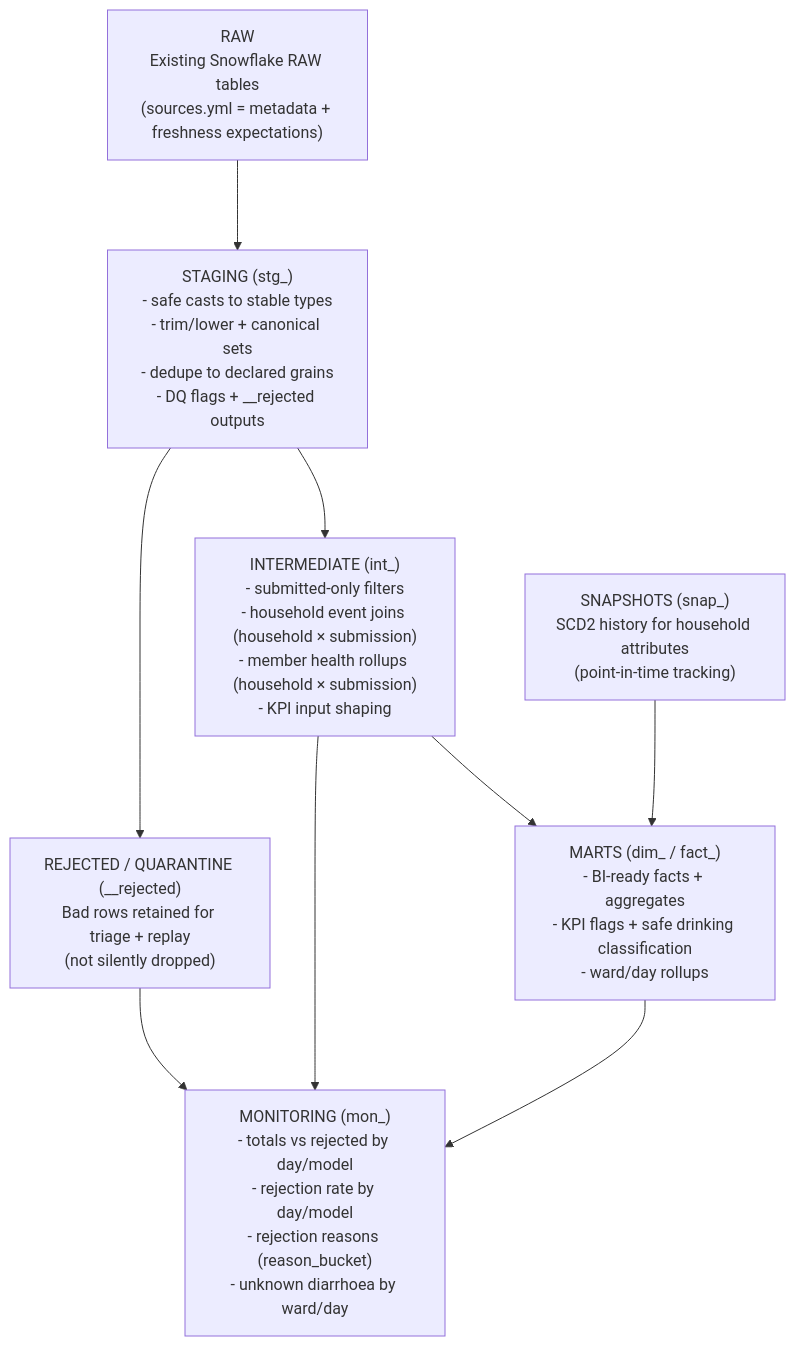
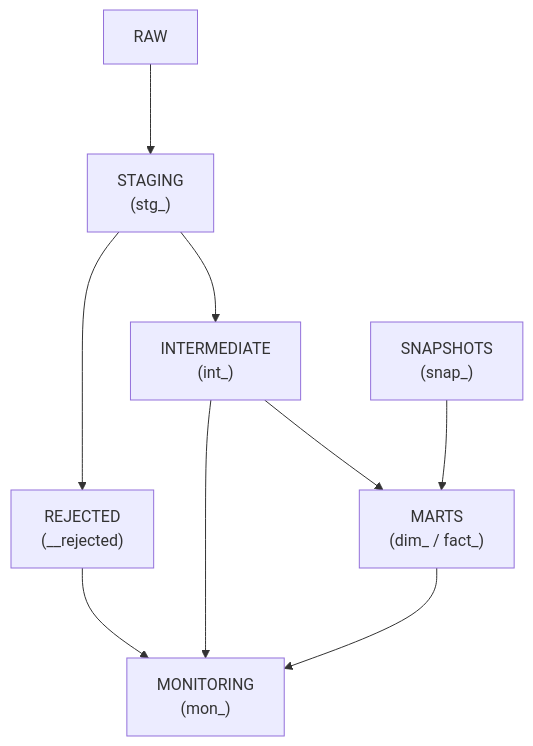
One commit to psgpyc/WASH-Analytics-Engineering-Project changed the diagram in README.md. Above: the diagram before and after it, drawn with Mermaid. The commit also changed other lines of this file, not shown here.

Commit message:
Refactor README flowchart and remove fitting section
Updated flowchart labels for clarity and removed unnecessary sections.

````diff
--- a/README.md
+++ b/README.md
@@ -98,18 +98,18 @@
 ```mermaid
 %%{init: {"flowchart": {"nodeSpacing": 70, "rankSpacing": 90}, "themeVariables": {"fontSize": "16px"}}}%%
 flowchart TB
 
-  RAW["RAW<br/>Existing Snowflake RAW tables<br/>(sources.yml = metadata + freshness expectations)"]
-  STG["STAGING (stg_)<br/>- safe casts to stable types<br/>- trim/lower + canonical sets<br/>- dedupe to declared grains<br/>- DQ flags + __rejected outputs"]
-  INT["INTERMEDIATE (int_)<br/>- submitted-only filters<br/>- household event joins (household × submission)<br/>- member health rollups (household × submission)<br/>- KPI input shaping"]
-  MRT["MARTS (dim_ / fact_)<br/>- BI-ready facts + aggregates<br/>- KPI flags + safe drinking classification<br/>- ward/day rollups"]
-  REJ["REJECTED / QUARANTINE (__rejected)<br/>Bad rows retained for triage + replay<br/>(not silently dropped)"]
-  MON["MONITORING (mon_)<br/>- totals vs rejected by day/model<br/>- rejection rate by day/model<br/>- rejection reasons (reason_bucket)<br/>- unknown diarrhoea by ward/day"]
-  SNAP["SNAPSHOTS (snap_)<br/>SCD2 history for household attributes<br/>(point-in-time tracking)"]
+  RAW["RAW"]
+  STG["STAGING <br/> (stg_)"]
+  INT["INTERMEDIATE <br/> (int_)"]
+  MRT["MARTS <br/> (dim_ / fact_)"]
+  REJ["REJECTED <br/> (__rejected)"]
+  MON["MONITORING <br/> (mon_)"]
+  SNAP["SNAPSHOTS <br/> (snap_)"]
 
   RAW --> STG --> INT --> MRT
   STG --> REJ --> MON
   INT --> MON
   MRT --> MON
   SNAP --> MRT
 ```
````
